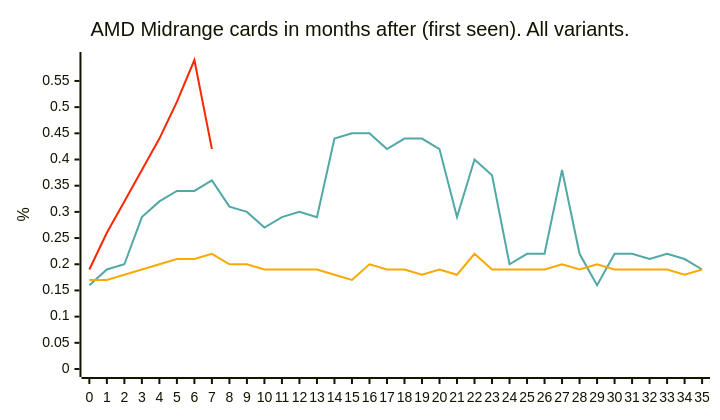
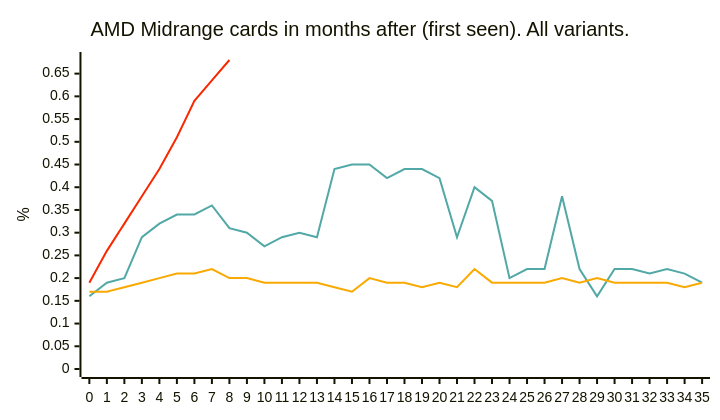
The tenth of 31 diagrams in README.md (jdegene/steamHWsurvey), drawn with Mermaid before and after one commit. The commit also changed other lines of this file and 5 other files, not shown here.

````diff
--- a/README.md
+++ b/README.md
@@ -346,23 +346,23 @@
 ```mermaid
 ---
 config:
     xyChart:
         width: 700
         height: 400
         
     themeVariables:
         xyChart:
             plotColorPalette: "#51a8a6,#f9a900,#f92800,#d92080,#8a52a6"
 
 --- 
 
 
 xychart-beta
     title "AMD Midrange cards in months after (first seen). All variants."
     x-axis[0, 1, 2, 3, 4, 5, 6, 7, 8, 9, 10, 11, 12, 13, 14, 15, 16, 17, 18, 19, 20, 21, 22, 23, 24, 25, 26, 27, 28, 29, 30, 31, 32, 33, 34, 35]
     y-axis "%" 
     line [0.16, 0.19, 0.2, 0.29, 0.32, 0.33999999999999997, 0.33999999999999997, 0.36, 0.31, 0.3, 0.27, 0.29, 0.3, 0.29, 0.44, 0.45000000000000007, 0.45000000000000007, 0.42, 0.43999999999999995, 0.44, 0.42, 0.29, 0.4, 0.37, 0.2, 0.22, 0.22, 0.38000000000000006, 0.22, 0.16, 0.22, 0.22, 0.21, 0.22, 0.21, 0.19]
     line [0.16999999999999998, 0.16999999999999998, 0.18, 0.19, 0.2, 0.21, 0.21, 0.22, 0.2, 0.2, 0.19, 0.19, 0.19, 0.19, 0.18, 0.16999999999999998, 0.2, 0.19, 0.19, 0.18, 0.19, 0.18, 0.22, 0.19, 0.19, 0.19, 0.19, 0.2, 0.19, 0.2, 0.19, 0.19, 0.19, 0.19, 0.18, 0.19]
-    line [0.19, 0.26, 0.32, 0.38, 0.44, 0.51, 0.59, 0.42]
+    line [0.19, 0.26, 0.32, 0.38, 0.44, 0.51, 0.59, 0.635, 0.6799999999999999]
     line [0]
 ``` 
````
